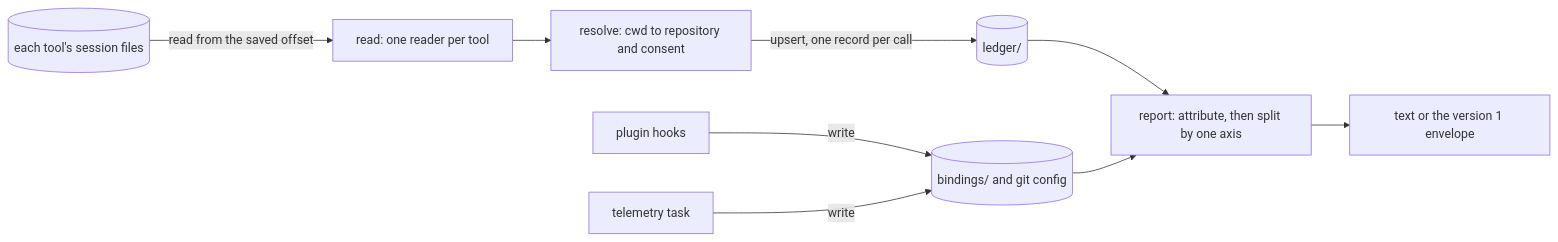
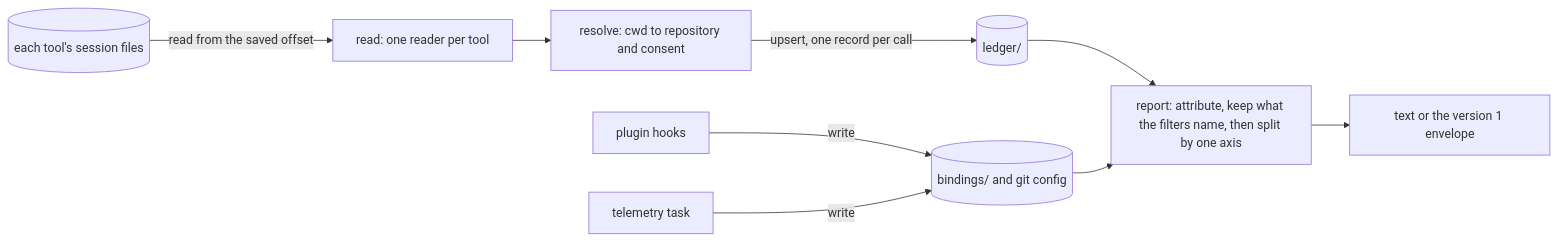
One commit to BlandineRdl/framework changed the diagram in cli/aidd_docs/memory/telemetry.md. Above: the diagram before and after it, drawn with Mermaid. The commit also changed other lines of this file and 35 other files, not shown here.

````diff
--- a/cli/aidd_docs/memory/telemetry.md
+++ b/cli/aidd_docs/memory/telemetry.md
@@ -18,11 +18,11 @@
 ```mermaid
 flowchart LR
     Files[("each tool's session files")] -->|read from the saved offset| Reader["read: one reader per tool"]
     Reader --> Resolver["resolve: cwd to repository and consent"]
     Resolver -->|upsert, one record per call| Ledger[("ledger/")]
     Hooks["plugin hooks"] -->|write| Bindings[("bindings/ and git config")]
     Task["telemetry task"] -->|write| Bindings
-    Ledger --> Report["report: attribute, then split by one axis"]
+    Ledger --> Report["report: attribute, keep what the filters name, then split by one axis"]
     Bindings --> Report
     Report --> Out["text or the version 1 envelope"]
 ```
````
